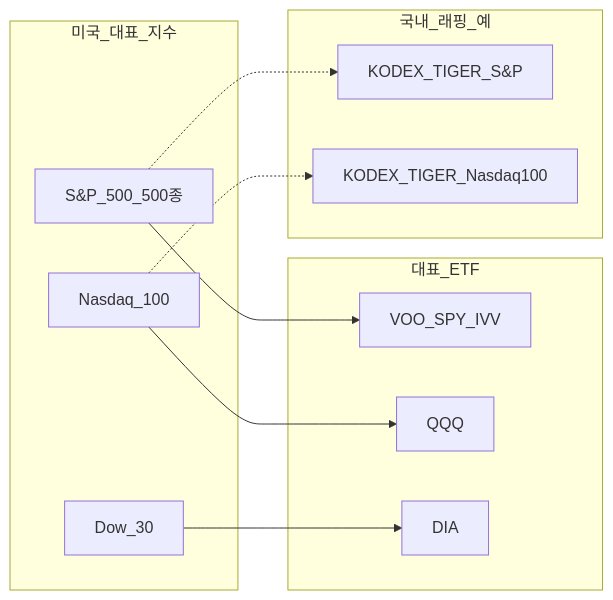
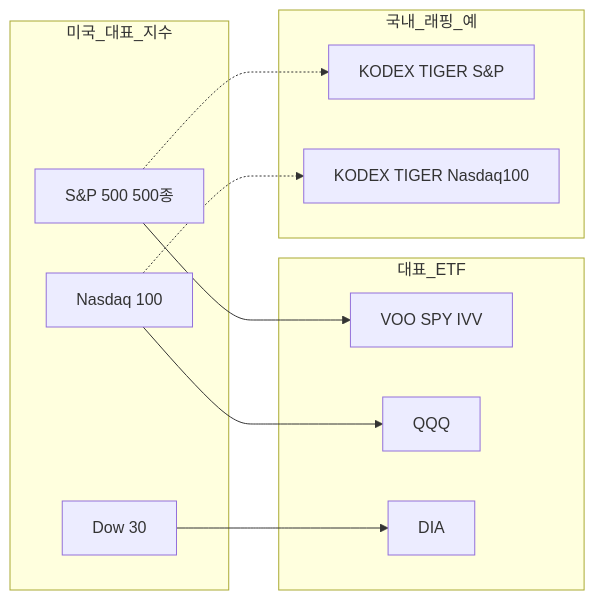
The first of 2 diagrams in 03-markets/us-equity-indices-etf.md (goldanghenry/Finances), drawn with Mermaid before and after one commit. The commit also changed other lines of this file and 211 other files, not shown here.

````diff
--- a/03-markets/us-equity-indices-etf.md
+++ b/03-markets/us-equity-indices-etf.md
@@ -132,22 +138,22 @@
 ```mermaid
 flowchart LR
   subgraph indices [미국_대표_지수]
-    SP500[S&P_500_500종]
-    NDX[Nasdaq_100]
-    DJIA[Dow_30]
+    SP500["S&P 500 500종"]
+    NDX["Nasdaq 100"]
+    DJIA["Dow 30"]
   end
   subgraph etfs [대표_ETF]
-    VOO[VOO_SPY_IVV]
+    VOO["VOO SPY IVV"]
     QQQ[QQQ]
     DIA[DIA]
   end
   subgraph kr [국내_래핑_예]
-    KSP[KODEX_TIGER_S&P]
-    KQQ[KODEX_TIGER_Nasdaq100]
+    KSP["KODEX TIGER S&P"]
+    KQQ["KODEX TIGER Nasdaq100"]
   end
   SP500 --> VOO
   NDX --> QQQ
   DJIA --> DIA
   SP500 -.-> KSP
   NDX -.-> KQQ
 ```
````
